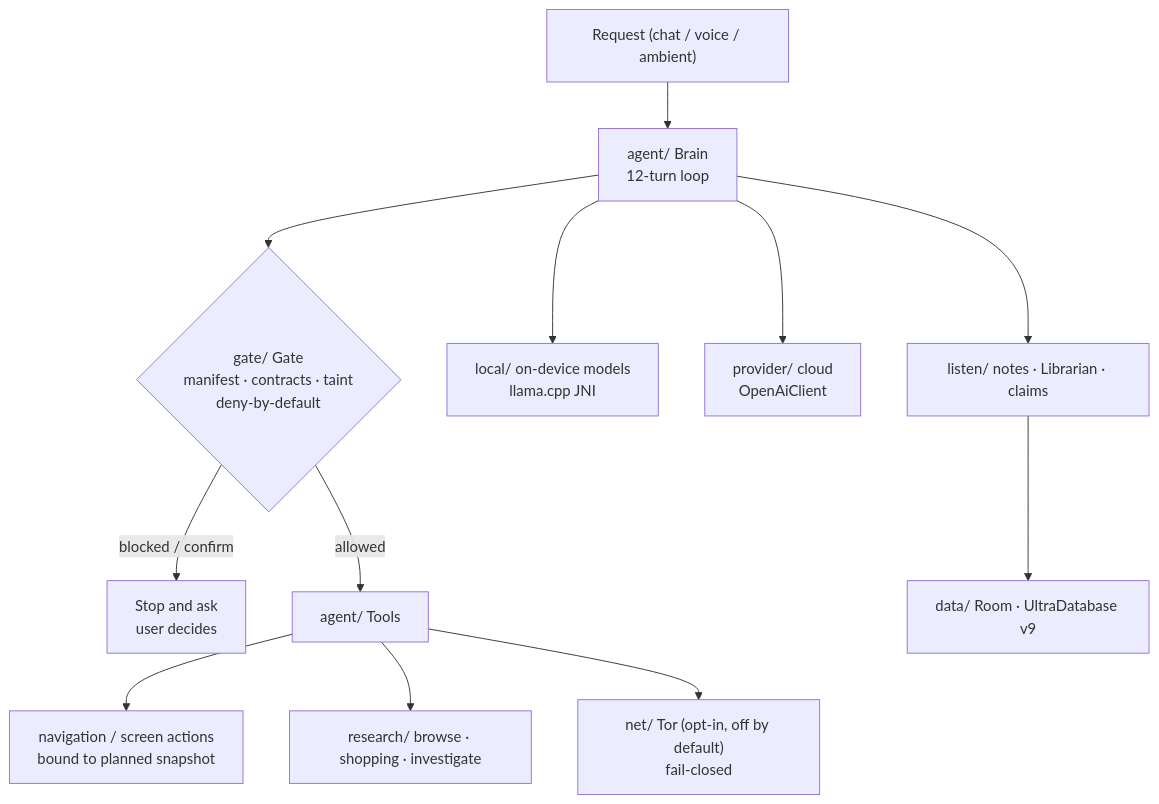
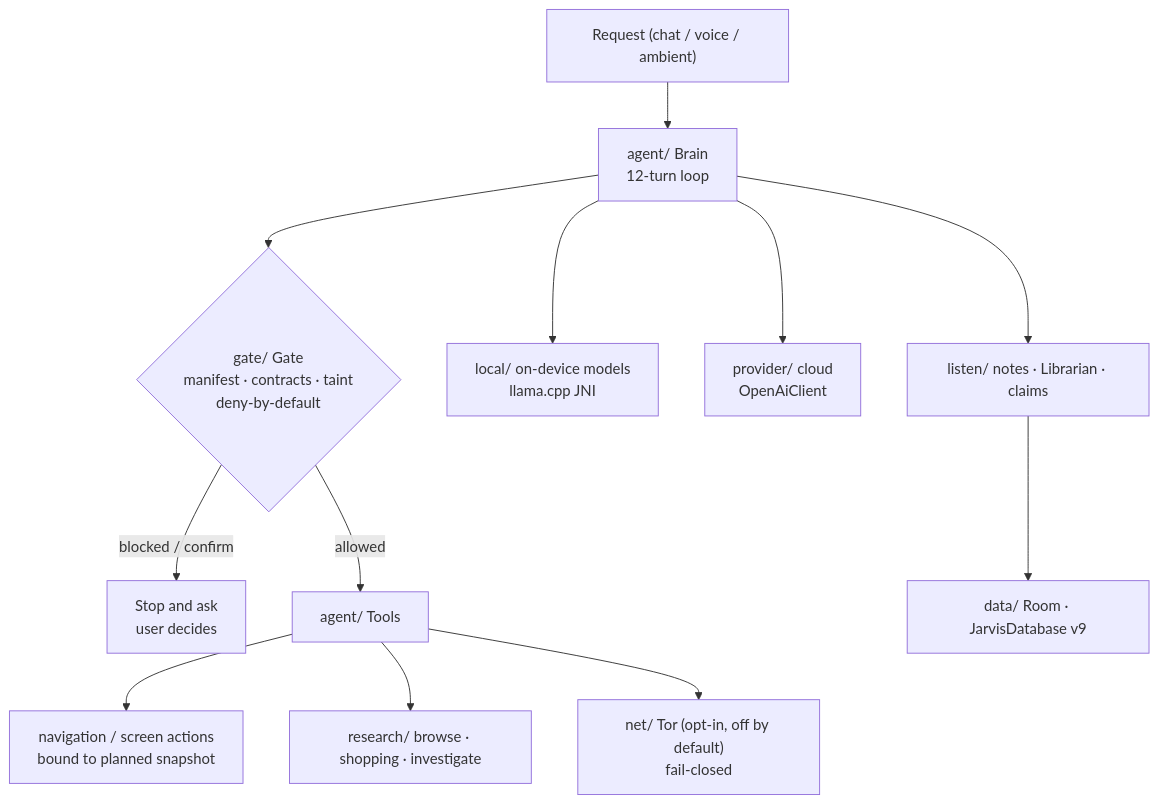
The second of 3 diagrams in ARCHITECTURE.md (Arbloodhound/Jarvis), drawn with Mermaid before and after one commit. The commit also changed other lines of this file and 591 other files, not shown here.

First line of the commit message:
Rename stage 6: repo surface sweep + ultra-native/ -> jarvis-native/

````diff
--- a/ARCHITECTURE.md
+++ b/ARCHITECTURE.md
@@ -53,14 +53,14 @@
 ```mermaid
 flowchart TD
   REQ["Request (chat / voice / ambient)"] --> BRAIN["agent/ Brain<br/>12-turn loop"]
   BRAIN --> GATE{"gate/ Gate<br/>manifest · contracts · taint<br/>deny-by-default"}
   GATE -- "blocked / confirm" --> ASK["Stop and ask<br/>user decides"]
   GATE -- "allowed" --> TOOLS["agent/ Tools"]
   TOOLS --> NAV["navigation / screen actions<br/>bound to planned snapshot"]
   TOOLS --> RES["research/ browse · shopping · investigate"]
   TOOLS --> NET["net/ Tor (opt-in, off by default)<br/>fail-closed"]
   BRAIN --> LOCAL["local/ on-device models<br/>llama.cpp JNI"]
   BRAIN --> PROV["provider/ cloud<br/>OpenAiClient"]
   BRAIN --> LISTEN["listen/ notes · Librarian · claims"]
-  LISTEN --> DATA["data/ Room · UltraDatabase v9"]
+  LISTEN --> DATA["data/ Room · JarvisDatabase v9"]
 ```
````
